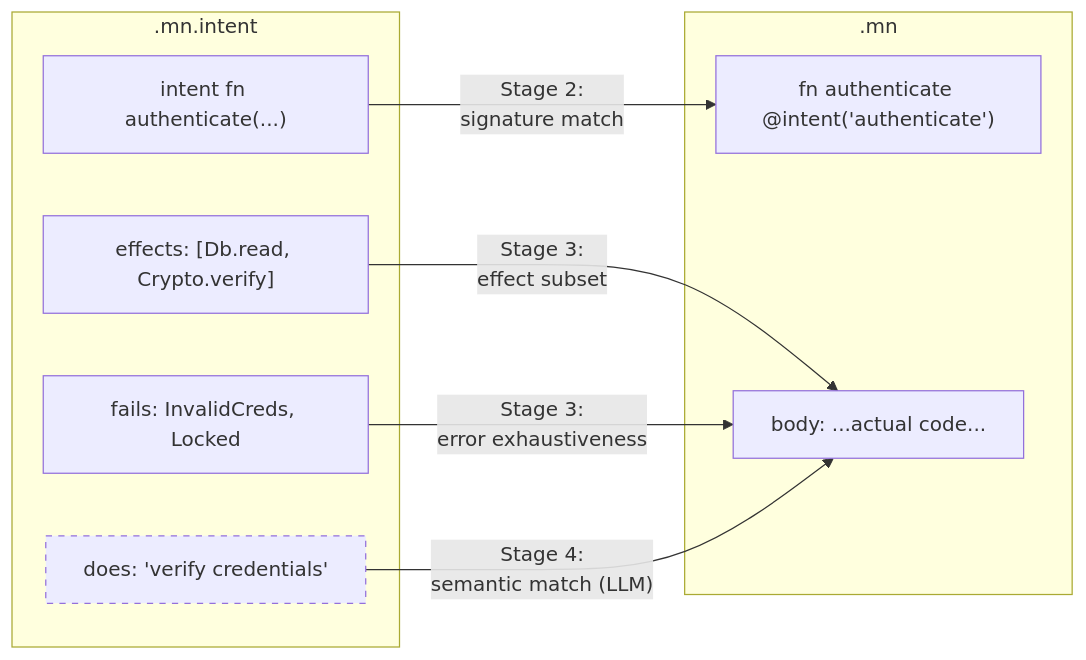
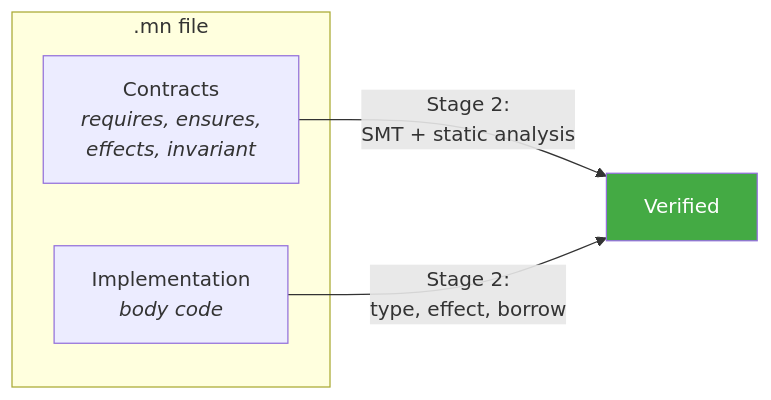
The first of 2 diagrams in spec/06-parity.md (monel-io/monel), drawn with Mermaid before and after one commit. The commit also changed other lines of this file and 29 other files, not shown here.

First line of the commit message:
Rewrite spec: single-file contracts, no LLM in compiler

````diff
--- a/spec/06-parity.md
+++ b/spec/06-parity.md
@@ -11,21 +11,12 @@
 ```mermaid
 graph LR
-    subgraph Intent[".mn.intent"]
-        IF["intent fn authenticate(...)"]
-        ID["does: 'verify credentials'"]
-        IE["effects: [Db.read, Crypto.verify]"]
-        IER["fails: InvalidCreds, Locked"]
+    subgraph ".mn file"
+        C["Contracts<br/><i>requires, ensures,<br/>effects, invariant</i>"]
+        I["Implementation<br/><i>body code</i>"]
     end
 
-    subgraph Impl[".mn"]
-        MF["fn authenticate @intent('authenticate')"]
-        MB["body: ...actual code..."]
-    end
+    C -->|"Stage 2:<br/>SMT + static analysis"| V["Verified"]
+    I -->|"Stage 2:<br/>type, effect, borrow"| V
 
-    IF -->|"Stage 2:<br/>signature match"| MF
-    IE -->|"Stage 3:<br/>effect subset"| MB
-    IER -->|"Stage 3:<br/>error exhaustiveness"| MB
-    ID -->|"Stage 4:<br/>semantic match (LLM)"| MB
-
-    style ID stroke-dasharray: 5 5
+    style V fill:#4a4,color:#fff
 ```
````
